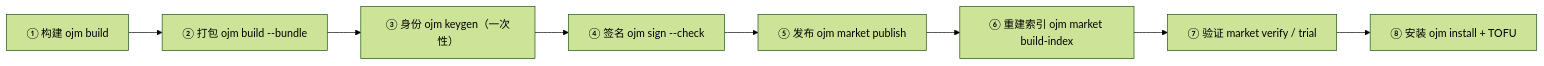
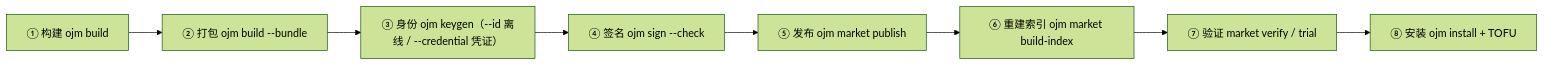
One commit to everpan/oj-module changed the diagram in docs/devkit/publish-walkthrough.md. Above: the diagram before and after it, drawn with Mermaid (forest theme). The commit also changed other lines of this file and 1 other file, not shown here.

````diff
--- a/docs/devkit/publish-walkthrough.md
+++ b/docs/devkit/publish-walkthrough.md
@@ -11,10 +11,10 @@
 ```mermaid
 flowchart LR
   A["① 构建 ojm build"] --> B["② 打包 ojm build --bundle"]
-  B --> C["③ 身份 ojm keygen（一次性）"]
+  B --> C["③ 身份 ojm keygen（--id 离线 / --credential 凭证）"]
   C --> D["④ 签名 ojm sign --check"]
   D --> E["⑤ 发布 ojm market publish"]
   E --> F["⑥ 重建索引 ojm market build-index"]
   F --> G["⑦ 验证 market verify / trial"]
   G --> H["⑧ 安装 ojm install + TOFU"]
 ```
````
